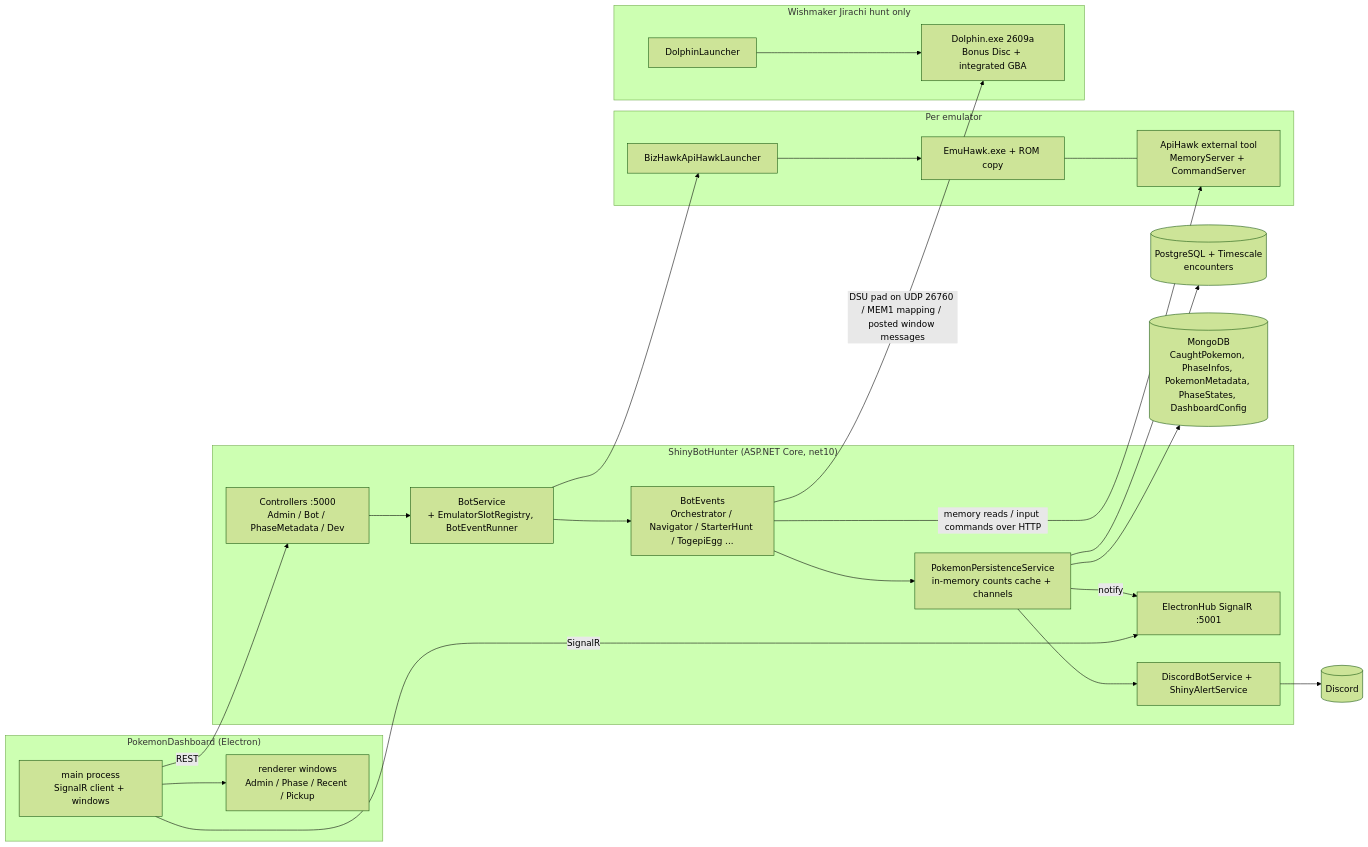
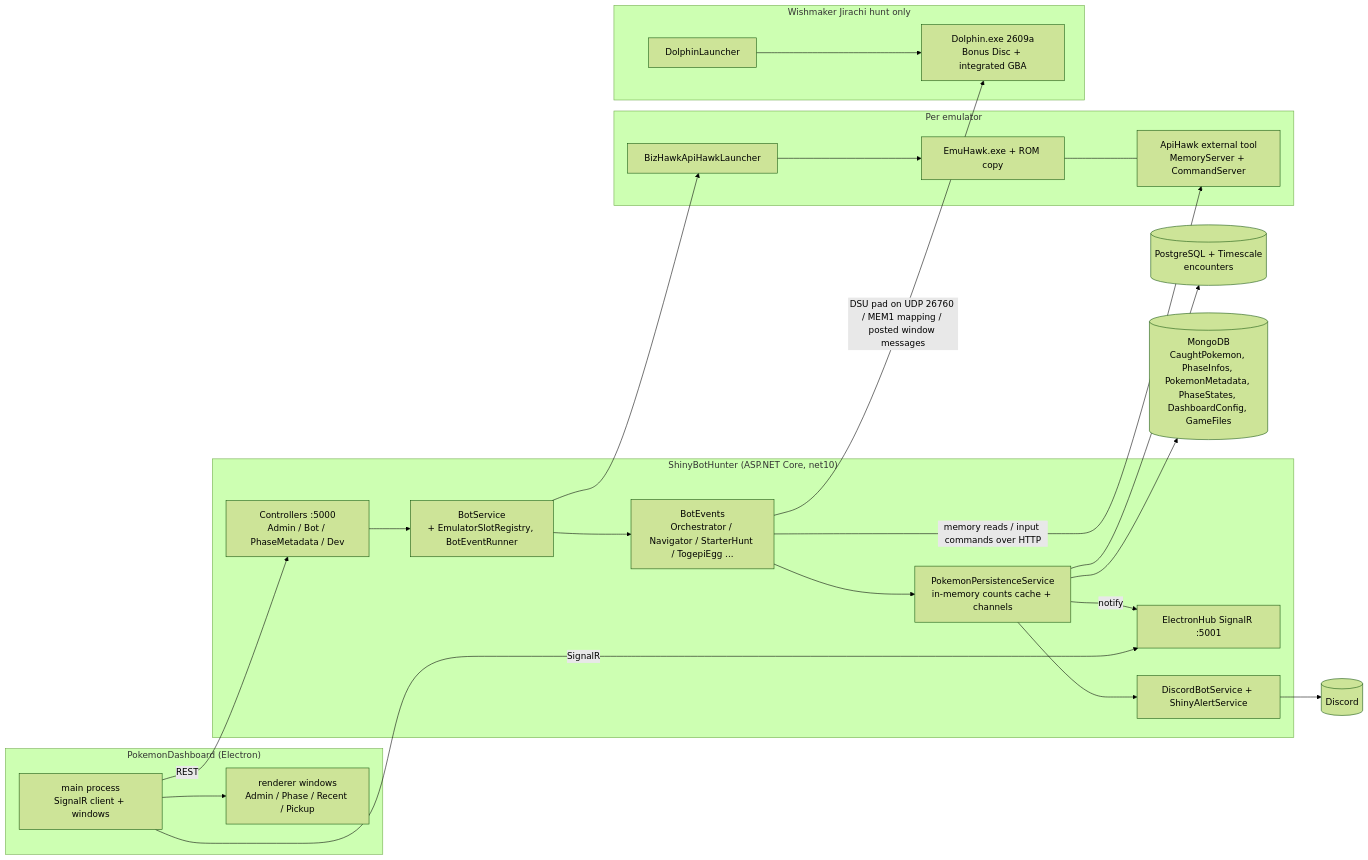
One commit to ppicinic/ShinyBotHunter changed the first of 2 diagrams in docs/architecture/system-overview.md. Above: the diagram before and after it, drawn with Mermaid (forest theme). The commit also changed other lines of this file, not shown here.

First line of the commit message:
A2b step 5: the architecture doc

````diff
--- a/docs/architecture/system-overview.md
+++ b/docs/architecture/system-overview.md
@@ -20,40 +20,40 @@
 ```mermaid
 flowchart LR
   subgraph Dashboard["PokemonDashboard (Electron)"]
     Main[main process<br/>SignalR client + windows] --> Renderer[renderer windows<br/>Admin / Phase / Recent / Pickup]
   end
 
   subgraph Backend["ShinyBotHunter (ASP.NET Core, net10)"]
     API[Controllers :5000<br/>Admin / Bot / PhaseMetadata / Dev]
     Hub[ElectronHub SignalR :5001]
     BotSvc[BotService<br/>+ EmulatorSlotRegistry, BotEventRunner]
     Events[BotEvents<br/>Orchestrator / Navigator / StarterHunt / TogepiEgg ...]
     Persist[PokemonPersistenceService<br/>in-memory counts cache + channels]
     Discord[DiscordBotService + ShinyAlertService]
   end
 
   subgraph Emu["Per emulator"]
     Launcher[BizHawkApiHawkLauncher] --> EmuHawk[EmuHawk.exe + ROM copy]
     EmuHawk --- ApiHawk[ApiHawk external tool<br/>MemoryServer + CommandServer]
   end
 
   subgraph Dol["Wishmaker Jirachi hunt only"]
     DolLauncher[DolphinLauncher] --> Dolphin[Dolphin.exe 2609a<br/>Bonus Disc + integrated GBA]
   end
 
   PG[(PostgreSQL + Timescale<br/>encounters)]
-  Mongo[(MongoDB<br/>CaughtPokemon, PhaseInfos, PokemonMetadata, PhaseStates, DashboardConfig)]
+  Mongo[(MongoDB<br/>CaughtPokemon, PhaseInfos, PokemonMetadata, PhaseStates, DashboardConfig, GameFiles)]
   DiscordAPI[(Discord)]
 
   Main -- REST --> API
   Main -- SignalR --> Hub
   API --> BotSvc --> Events
   Events -- memory reads / input commands over HTTP --> ApiHawk
   Events -- DSU pad on UDP 26760 / MEM1 mapping / posted window messages --> Dolphin
   BotSvc --> Launcher
   Events --> Persist
   Persist --> PG
   Persist --> Mongo
   Persist -- notify --> Hub
   Persist --> Discord --> DiscordAPI
 ```
````
